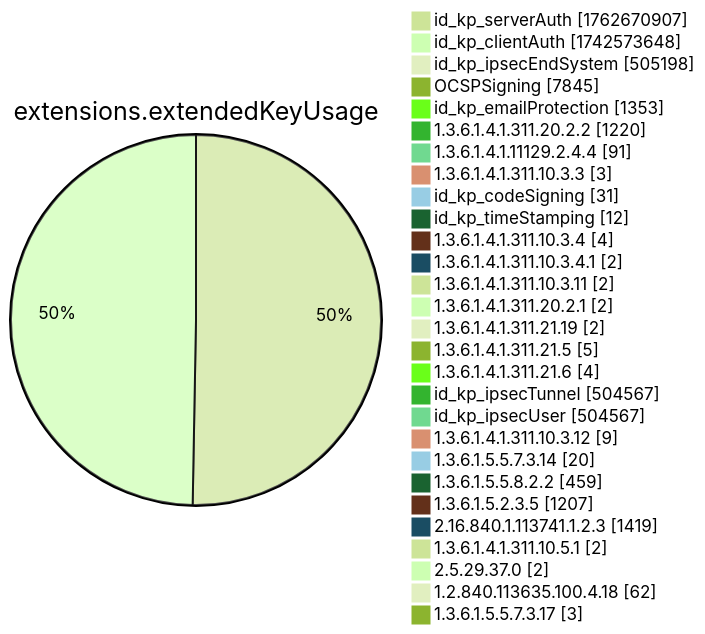
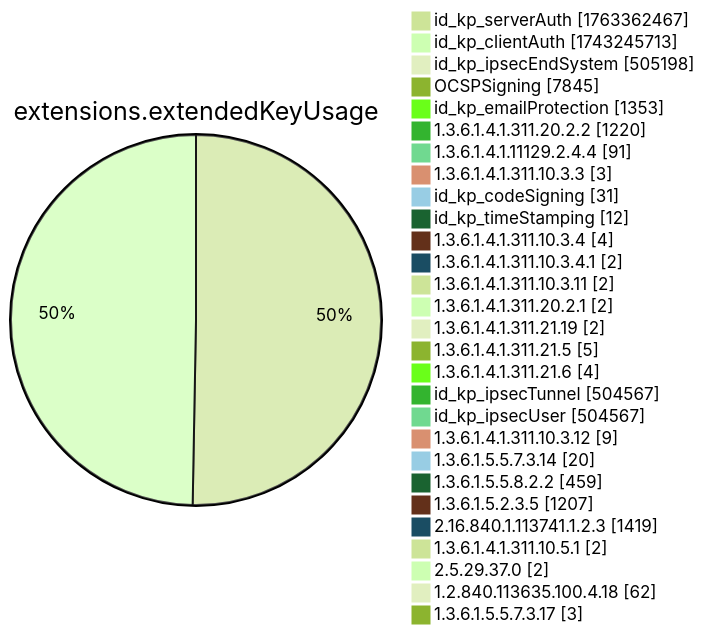
One commit to christiankrug/ctmonitor_visualization changed diagram 12 of 15 in xenon2022/README.md. Above: the diagram before and after it, drawn with Mermaid (forest theme). The commit also changed other lines of this file, not shown here.

````diff
--- a/xenon2022/README.md
+++ b/xenon2022/README.md
@@ -3893,32 +3893,32 @@
 ```mermaid
 pie showData
 title extensions.extendedKeyUsage
-"id_kp_serverAuth" :1762670907
-"id_kp_clientAuth" :1742573648
+"id_kp_serverAuth" :1763362467
+"id_kp_clientAuth" :1743245713
 "id_kp_ipsecEndSystem" :505198
 "OCSPSigning" :7845
 "id_kp_emailProtection" :1353
 "1.3.6.1.4.1.311.20.2.2" :1220
 "1.3.6.1.4.1.11129.2.4.4" :91
 "1.3.6.1.4.1.311.10.3.3" :3
 "id_kp_codeSigning" :31
 "id_kp_timeStamping" :12
 "1.3.6.1.4.1.311.10.3.4" :4
 "1.3.6.1.4.1.311.10.3.4.1" :2
 "1.3.6.1.4.1.311.10.3.11" :2
 "1.3.6.1.4.1.311.20.2.1" :2
 "1.3.6.1.4.1.311.21.19" :2
 "1.3.6.1.4.1.311.21.5" :5
 "1.3.6.1.4.1.311.21.6" :4
 "id_kp_ipsecTunnel" :504567
 "id_kp_ipsecUser" :504567
 "1.3.6.1.4.1.311.10.3.12" :9
 "1.3.6.1.5.5.7.3.14" :20
 "1.3.6.1.5.5.8.2.2" :459
 "1.3.6.1.5.2.3.5" :1207
 "2.16.840.1.113741.1.2.3" :1419
 "1.3.6.1.4.1.311.10.5.1" :2
 "2.5.29.37.0" :2
 "1.2.840.113635.100.4.18" :62
 "1.3.6.1.5.5.7.3.17" :3
 ```
````
